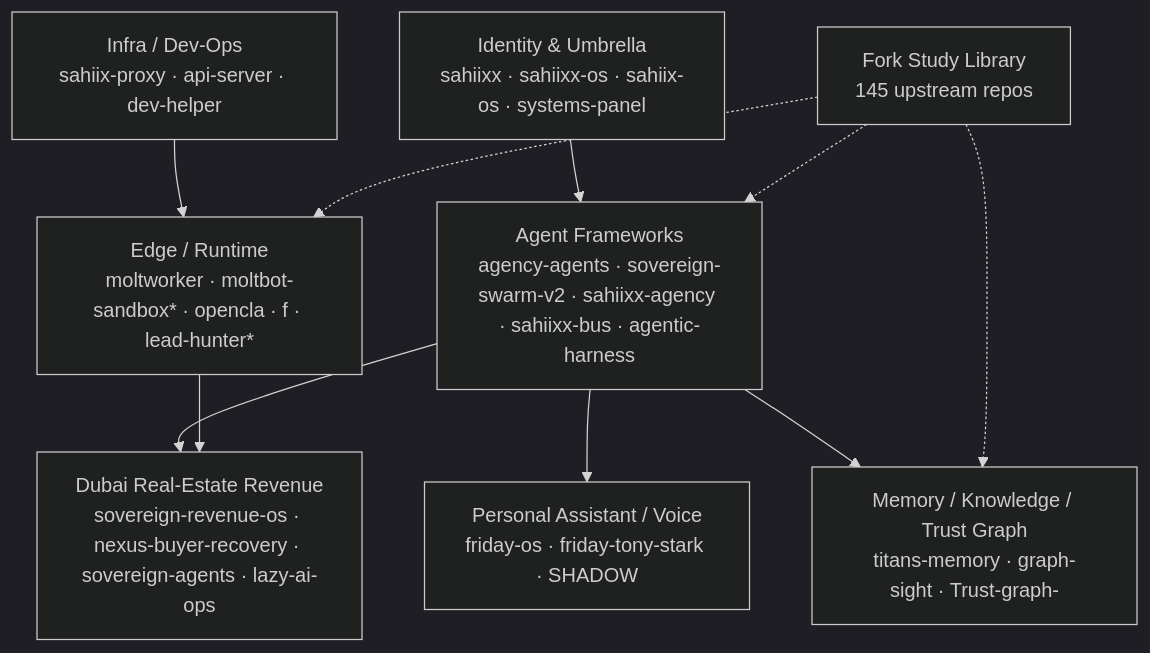
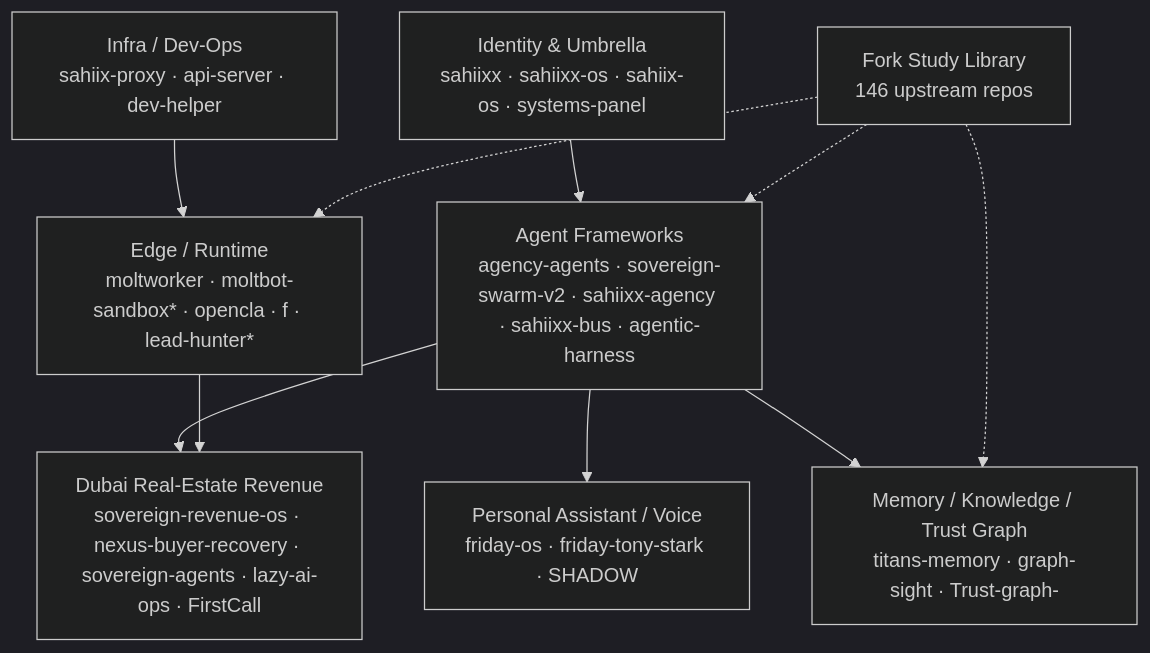
One commit to sahiixx/sahiixx changed the diagram in README.md. Above: the diagram before and after it, drawn with Mermaid (dark theme). The commit also changed other lines of this file, not shown here.

Commit message:
Refresh profile README: 2026-09-19 scrape (240 repos, +FirstCall, fix mojibake/structure)

````diff
--- a/README.md
+++ b/README.md
@@ -22,21 +22,21 @@
 ```mermaid
 flowchart TD
     ID[Identity & Umbrella<br/>sahiixx · sahiixx-os · sahiix-os · systems-panel]
     EDGE[Edge / Runtime<br/>moltworker · moltbot-sandbox* · opencla · f · lead-hunter*]
     AG[Agent Frameworks<br/>agency-agents · sovereign-swarm-v2 · sahiixx-agency · sahiixx-bus · agentic-harness]
-    RE[Dubai Real-Estate Revenue<br/>sovereign-revenue-os · nexus-buyer-recovery · sovereign-agents · lazy-ai-ops]
+    RE[Dubai Real-Estate Revenue<br/>sovereign-revenue-os · nexus-buyer-recovery · sovereign-agents · lazy-ai-ops · FirstCall]
     PA[Personal Assistant / Voice<br/>friday-os · friday-tony-stark · SHADOW]
     MEM[Memory / Knowledge / Trust Graph<br/>titans-memory · graph-sight · Trust-graph-]
     INF[Infra / Dev-Ops<br/>sahiix-proxy · api-server · dev-helper]
-    FORK[Fork Study Library<br/>145 upstream repos]
+    FORK[Fork Study Library<br/>146 upstream repos]
 
     ID --> AG
     AG --> RE
     EDGE --> RE
     AG --> PA
     AG --> MEM
     INF --> EDGE
     FORK -.-> AG
     FORK -.-> EDGE
     FORK -.-> MEM
 ```
````
